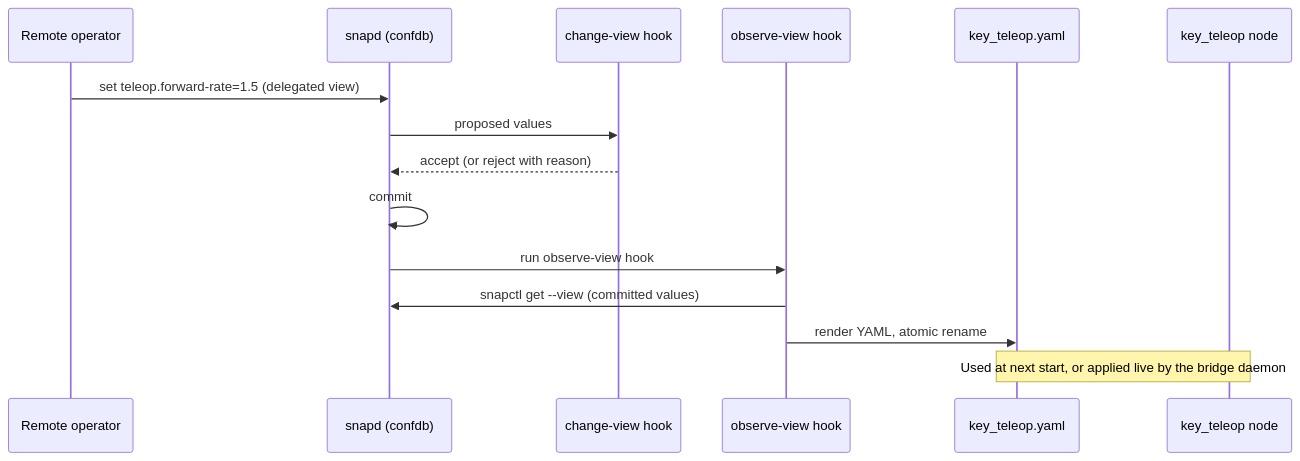
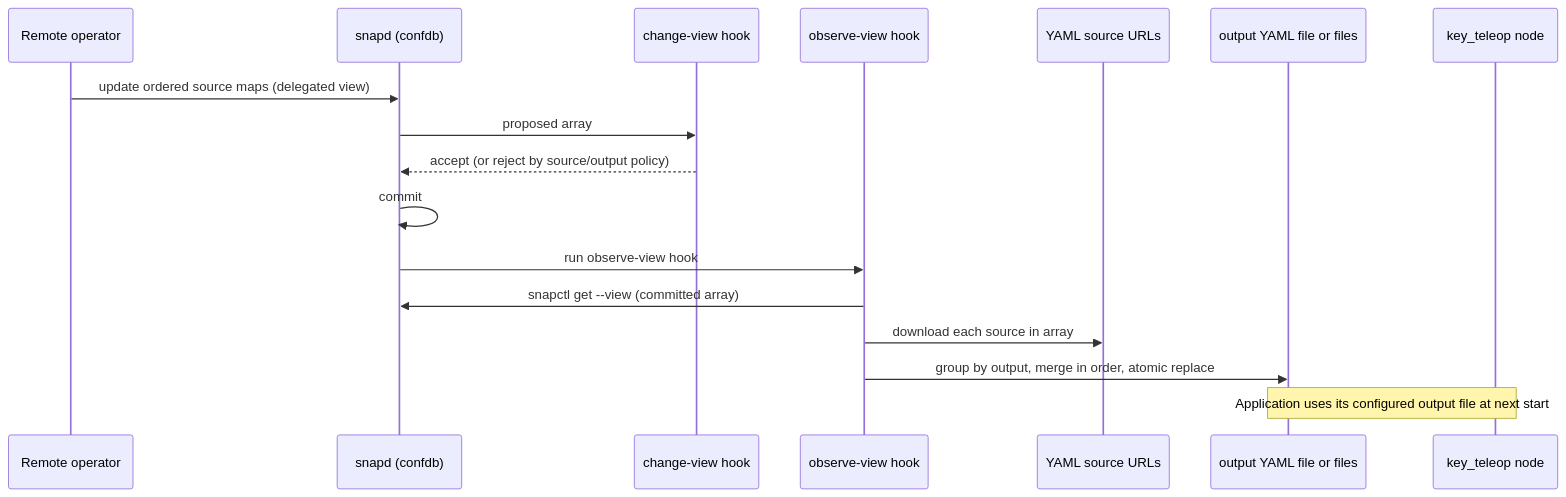
One commit to mehranrahmanzadeh/ros2-confdb-poc changed the third of 3 diagrams in README.md. Above: the diagram before and after it, drawn with Mermaid. The commit also changed other lines of this file, not shown here.

````diff
--- a/README.md
+++ b/README.md
@@ -94,17 +99,19 @@
 ```mermaid
 sequenceDiagram
     participant O as Remote operator
     participant S as snapd (confdb)
     participant C as change-view hook
     participant H as observe-view hook
-    participant F as key_teleop.yaml
+    participant U as YAML source URLs
+    participant F as output YAML file or files
     participant N as key_teleop node
-    O->>S: set teleop.forward-rate=1.5 (delegated view)
-    S->>C: proposed values
-    C-->>S: accept (or reject with reason)
+    O->>S: update ordered source maps (delegated view)
+    S->>C: proposed array
+    C-->>S: accept (or reject by source/output policy)
     S->>S: commit
     S->>H: run observe-view hook
-    H->>S: snapctl get --view (committed values)
-    H->>F: render YAML, atomic rename
-    Note over F,N: Used at next start, or applied live by the bridge daemon
+    H->>S: snapctl get --view (committed array)
+    H->>U: download each source in array
+    H->>F: group by output, merge in order, atomic replace
+    Note over F,N: Application uses its configured output file at next start
 ```
````
